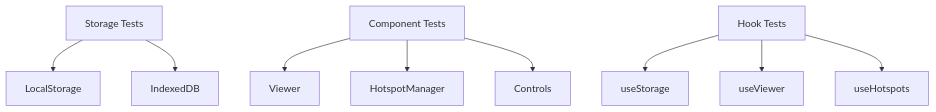
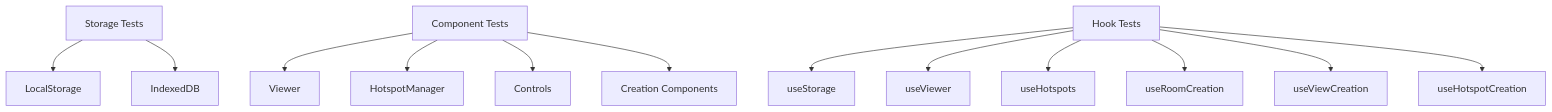
Before and after one commit to straiforos/kitchen-360: diagram 13 of 14 in docs/phases/PHASE_1_LOCAL_STORAGE.md, drawn with Mermaid. The commit also changed other lines of this file and 2 other files, not shown here.

First line of the commit message:
Add room creation flow and enhance data structure

````diff
--- a/docs/phases/PHASE_1_LOCAL_STORAGE.md
+++ b/docs/phases/PHASE_1_LOCAL_STORAGE.md
@@ -251,13 +363,17 @@
 ```mermaid
 graph TD
     A[Storage Tests] --> B[LocalStorage]
     A --> C[IndexedDB]
     
     D[Component Tests] --> E[Viewer]
     D --> F[HotspotManager]
     D --> G[Controls]
+    D --> H[Creation Components]
     
-    H[Hook Tests] --> I[useStorage]
-    H --> J[useViewer]
-    H --> K[useHotspots]
+    I[Hook Tests] --> J[useStorage]
+    I --> K[useViewer]
+    I --> L[useHotspots]
+    I --> M[useRoomCreation]
+    I --> N[useViewCreation]
+    I --> O[useHotspotCreation]
 ```
````
